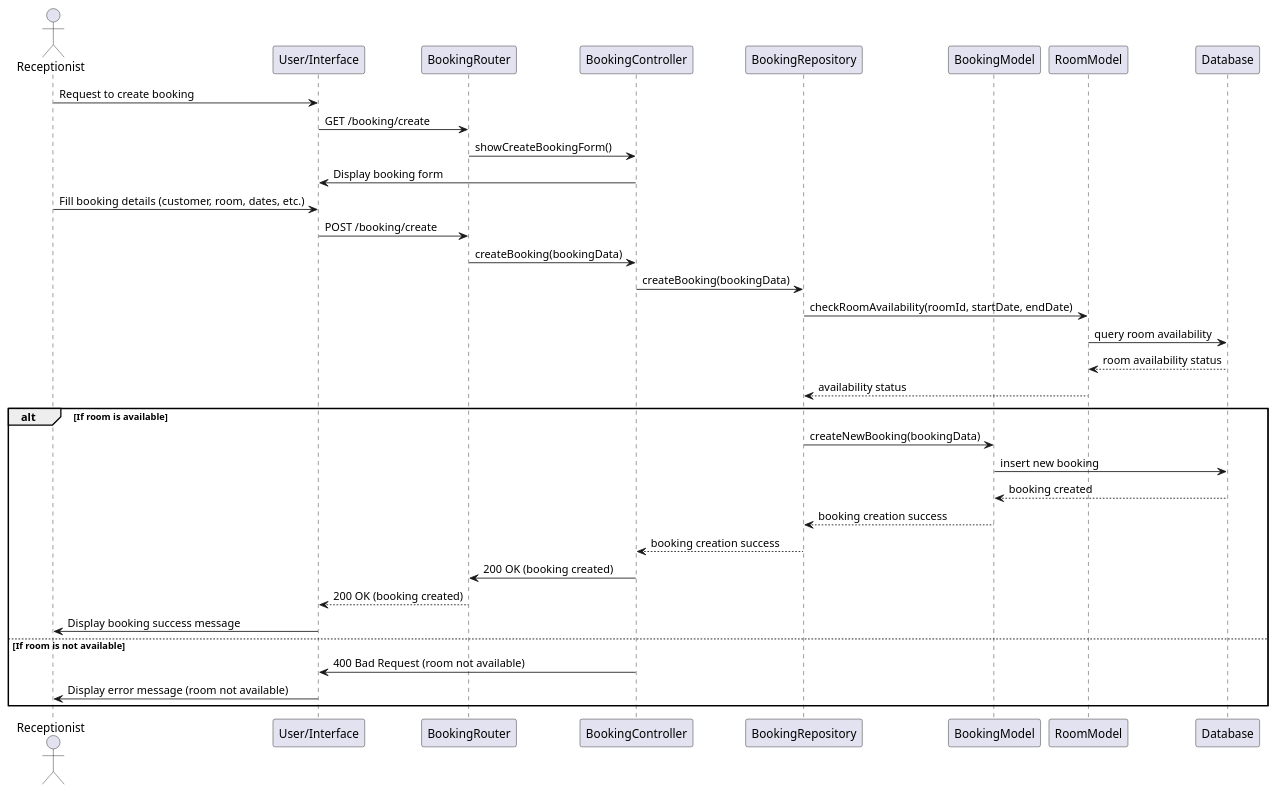
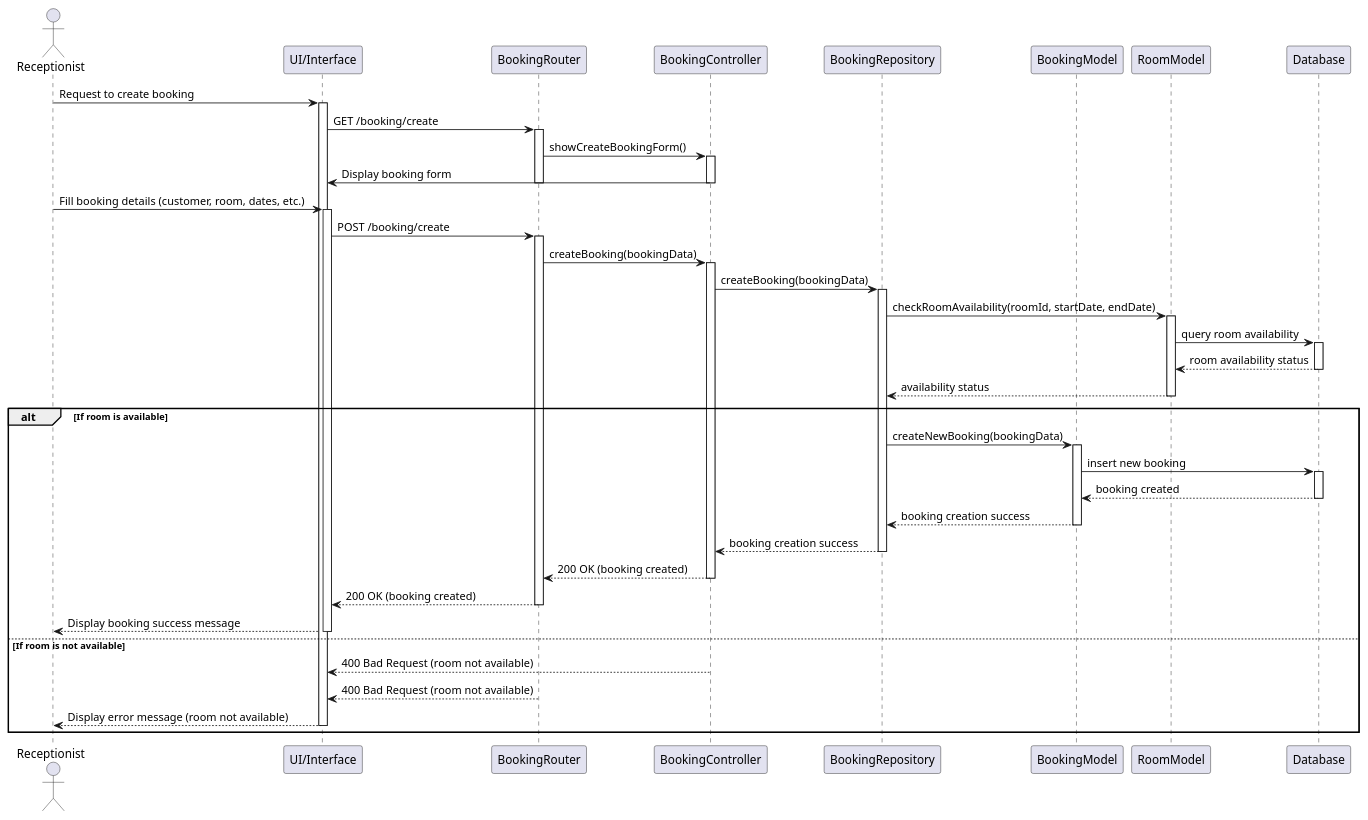
Before and after one commit to trongend123/HuongSen: the diagram in backend/ClassDiagram/Sequence_Receptionist/Booking.puml, drawn with PlantUML. The commit also changed 162 other files, not shown here.

Commit message:
add sequence

```diff
--- a/backend/ClassDiagram/Sequence_Receptionist/Booking.puml
+++ b/backend/ClassDiagram/Sequence_Receptionist/Booking.puml
@@ -1,39 +1,65 @@
 @startuml
 actor Receptionist
-participant "User/Interface" as UI
+participant "UI/Interface" as UI
 participant "BookingRouter" as Router
 participant "BookingController" as Controller
 participant "BookingRepository" as Repository
 participant "BookingModel" as BookingModel
 participant "RoomModel" as RoomModel
 participant "Database" as DB
 
 Receptionist -> UI: Request to create booking
+activate UI
 UI -> Router: GET /booking/create
+activate Router
 Router -> Controller: showCreateBookingForm()
+activate Controller
 Controller -> UI: Display booking form
+deactivate Controller
+deactivate Router
 
 Receptionist -> UI: Fill booking details (customer, room, dates, etc.)
+activate UI
 UI -> Router: POST /booking/create
+activate Router
 Router -> Controller: createBooking(bookingData)
+activate Controller
 Controller -> Repository: createBooking(bookingData)
+activate Repository
 
 Repository -> RoomModel: checkRoomAvailability(roomId, startDate, endDate)
+activate RoomModel
 RoomModel -> DB: query room availability
+activate DB
 DB --> RoomModel: room availability status
+deactivate DB
 RoomModel --> Repository: availability status
+deactivate RoomModel
 
 alt If room is available
     Repository -> BookingModel: createNewBooking(bookingData)
+    activate BookingModel
     BookingModel -> DB: insert new booking
+    activate DB
     DB --> BookingModel: booking created
+    deactivate DB
     BookingModel --> Repository: booking creation success
+    deactivate BookingModel
     Repository --> Controller: booking creation success
-    Controller -> Router: 200 OK (booking created)
+    deactivate Repository
+    Controller --> Router: 200 OK (booking created)
+    deactivate Controller
     Router --> UI: 200 OK (booking created)
-    UI -> Receptionist: Display booking success message
+    deactivate Router
+    UI --> Receptionist: Display booking success message
+    deactivate UI
 else If room is not available
-    Controller -> UI: 400 Bad Request (room not available)
-    UI -> Receptionist: Display error message (room not available)
+    deactivate Repository
+    Controller --> UI: 400 Bad Request (room not available)
+    deactivate Controller
+    Router --> UI: 400 Bad Request (room not available)
+    deactivate Router
+    UI --> Receptionist: Display error message (room not available)
+    deactivate UI
 end
 @enduml
```
